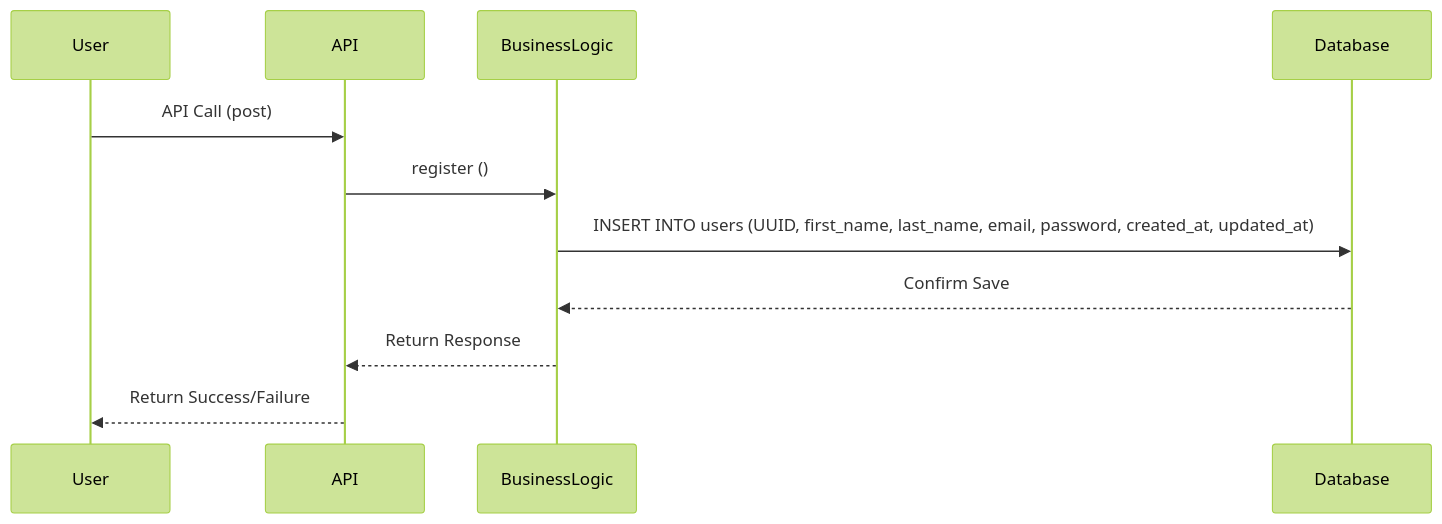
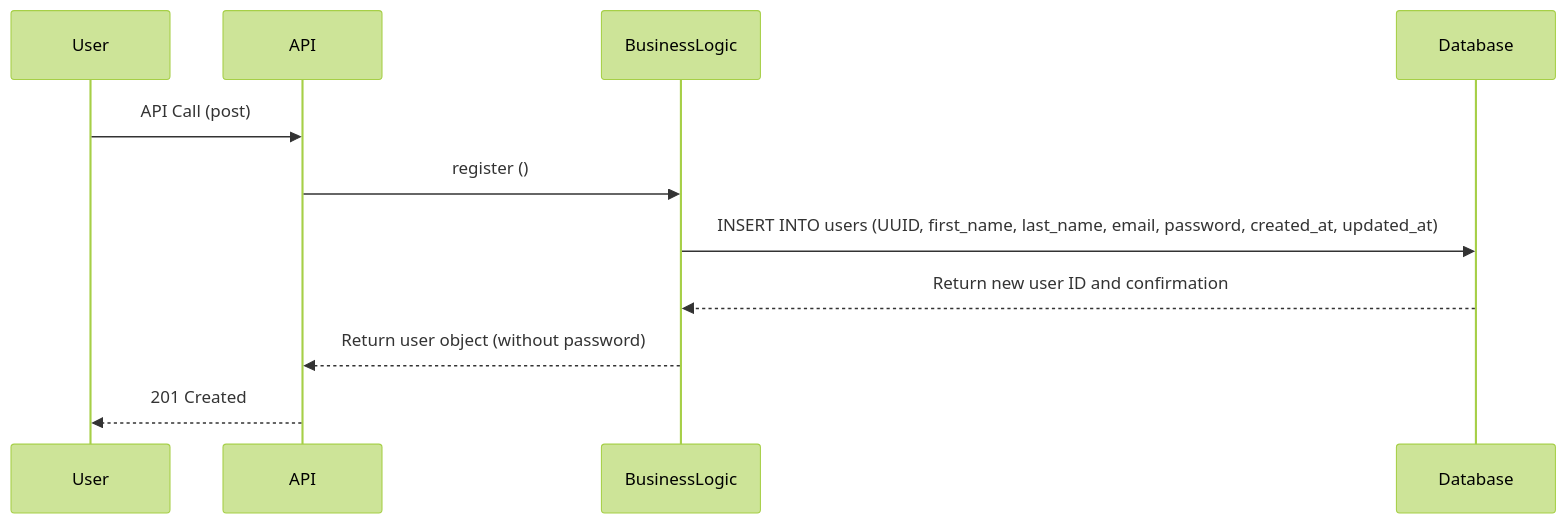
The first of 4 diagrams in README.md (shahd-v/holbertonschool-hbnb), drawn with Mermaid (forest theme) before and after one commit.

````diff
--- a/README.md
+++ b/README.md
@@ -36,14 +36,14 @@
 ```mermaid
 sequenceDiagram
 participant User
 participant API
 participant BusinessLogic
 participant Database
 
 User->>API: API Call (post)
 API->>BusinessLogic: register ()
 BusinessLogic->>Database: INSERT INTO users (UUID, first_name, last_name, email, password, created_at, updated_at)
-Database-->>BusinessLogic: Confirm Save
-BusinessLogic-->>API: Return Response
-API-->>User: Return Success/Failure
+Database-->>BusinessLogic: Return new user ID and confirmation
+BusinessLogic-->>API: Return user object (without password)
+API-->>User: 201 Created
 ```
````
